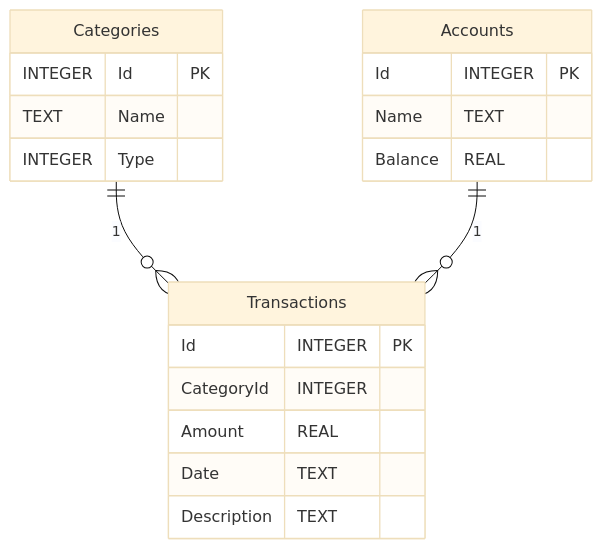
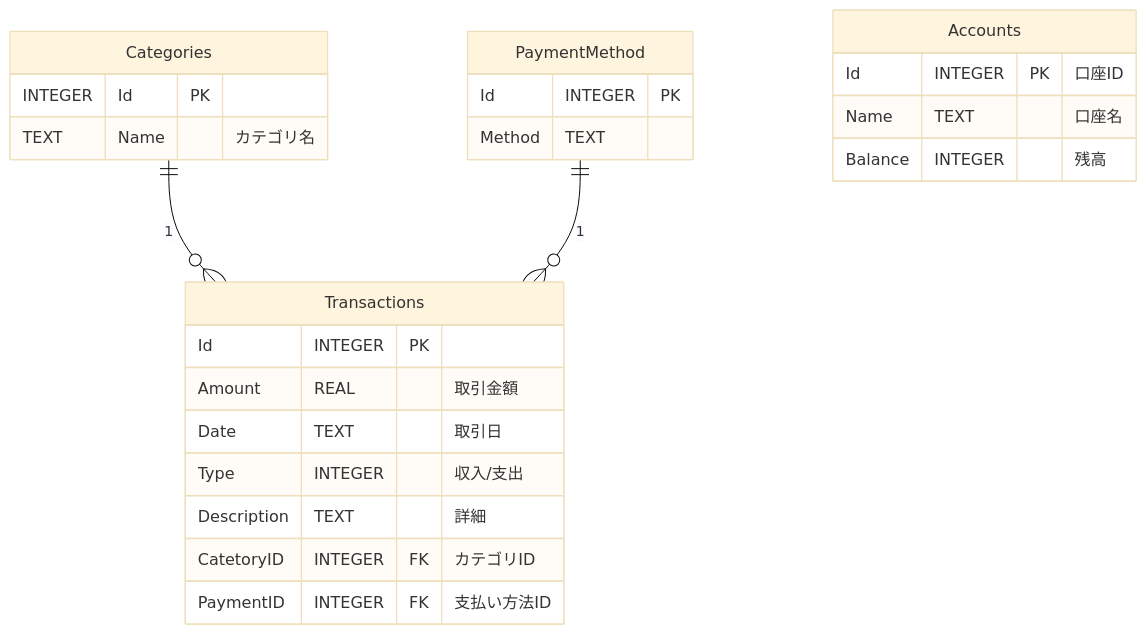
Before and after one commit to hidekazunasu/Kakeibo: the diagram in README.md, drawn with Mermaid (base theme). The commit also changed 19 other files, not shown here.

````diff
--- a/README.md
+++ b/README.md
@@ -1,23 +1,30 @@
 ```mermaid
 erDiagram
     Categories {
         INTEGER Id PK
-        TEXT Name 
-        INTEGER Type
+        TEXT Name "カテゴリ名"
     }
     Transactions {
         Id INTEGER PK
-        CategoryId INTEGER
-        Amount REAL
-        Date TEXT
-        Description TEXT
+        Amount REAL "取引金額"
+        Date TEXT "取引日"
+        Type INTEGER "収入/支出"
+        Description TEXT "詳細"
+        CatetoryID INTEGER FK "カテゴリID"
+        PaymentID INTEGER FK "支払い方法ID"
+
+    }
+    
+    PaymentMethod{
+        Id INTEGER PK
+        Method TEXT
     }
     Accounts {
-        Id INTEGER PK
-        Name TEXT
-        Balance REAL
+        Id INTEGER PK "口座ID"
+        Name TEXT "口座名"
+        Balance INTEGER "残高"
     }
     Categories || --o{ Transactions : "1"
-    Accounts || --o{ Transactions : "1" 
+    PaymentMethod || --o{ Transactions:"1"
     
 ```
````
